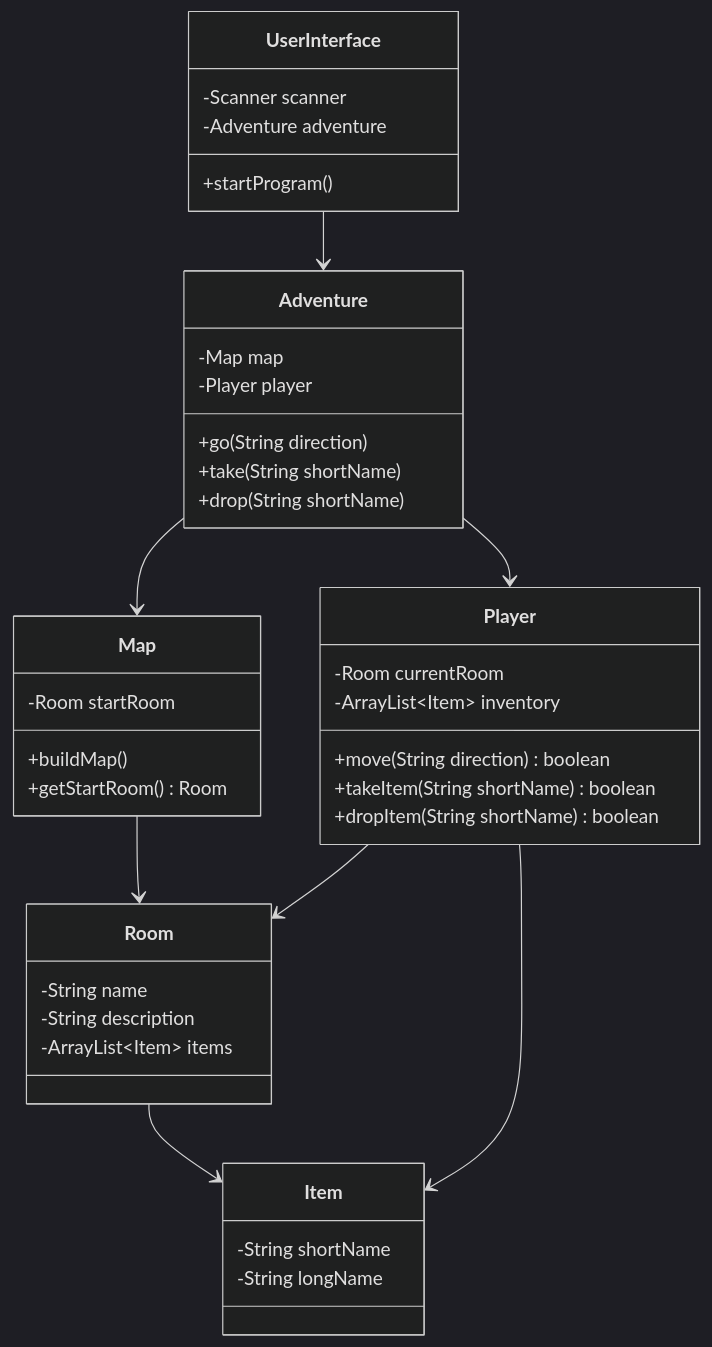
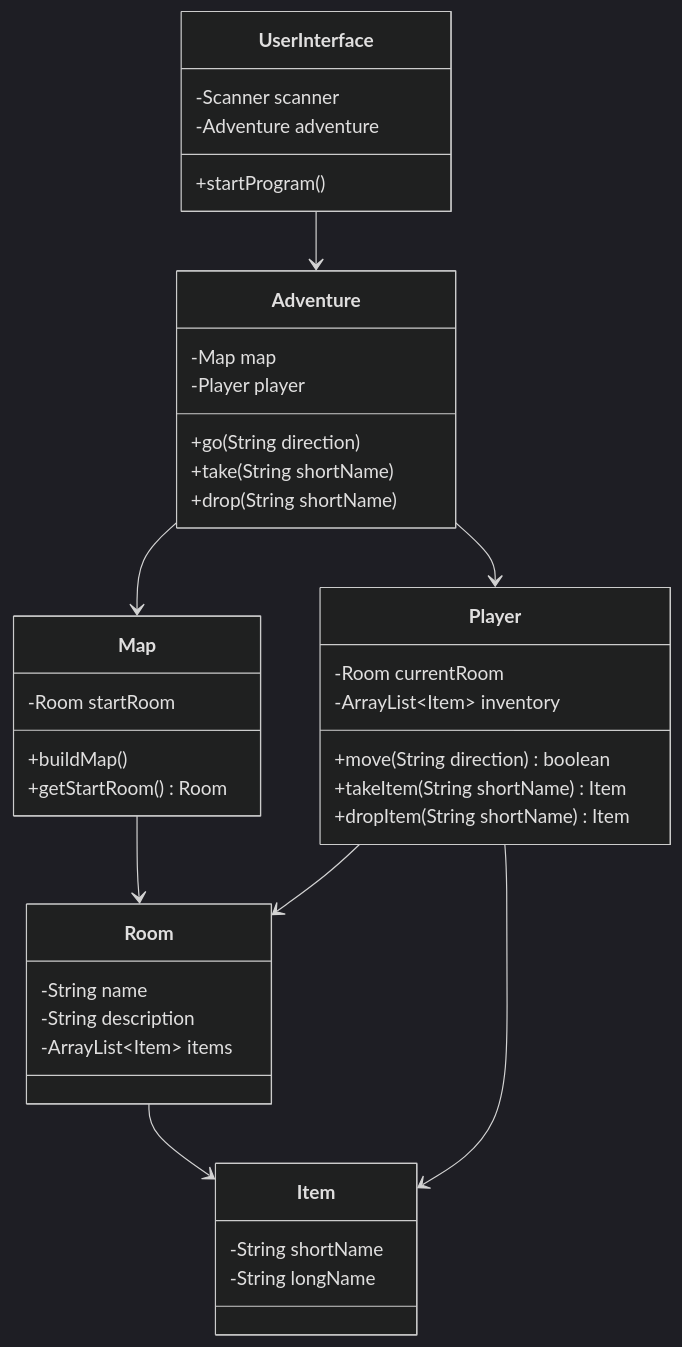
Before and after one commit to CheMical/DAT-GBG-DA-E26AB: the sixth of 9 diagrams in 40/02_tir_2026-09-29/README.md, drawn with Mermaid (dark theme). The commit also changed 20 other files, not shown here.

````diff
--- a/40/02_tir_2026-09-29/README.md
+++ b/40/02_tir_2026-09-29/README.md
@@ -303,52 +303,52 @@
 ```mermaid
 classDiagram
     UserInterface --> Adventure
 
     Adventure --> Map
     Adventure --> Player
 
     Map --> Room
     Player --> Room
 
     Room --> Item
     Player --> Item
 
     class UserInterface {
         -Scanner scanner
         -Adventure adventure
         +startProgram()
     }
 
     class Adventure {
         -Map map
         -Player player
         +go(String direction)
         +take(String shortName)
         +drop(String shortName)
     }
 
     class Map {
         -Room startRoom
         +buildMap()
         +getStartRoom() Room
     }
 
     class Player {
         -Room currentRoom
         -ArrayList~Item~ inventory
         +move(String direction) boolean
-        +takeItem(String shortName) boolean
-        +dropItem(String shortName) boolean
+        +takeItem(String shortName) Item
+        +dropItem(String shortName) Item
     }
 
     class Room {
         -String name
         -String description
         -ArrayList~Item~ items
     }
 
     class Item {
         -String shortName
         -String longName
     }
 ```
````
